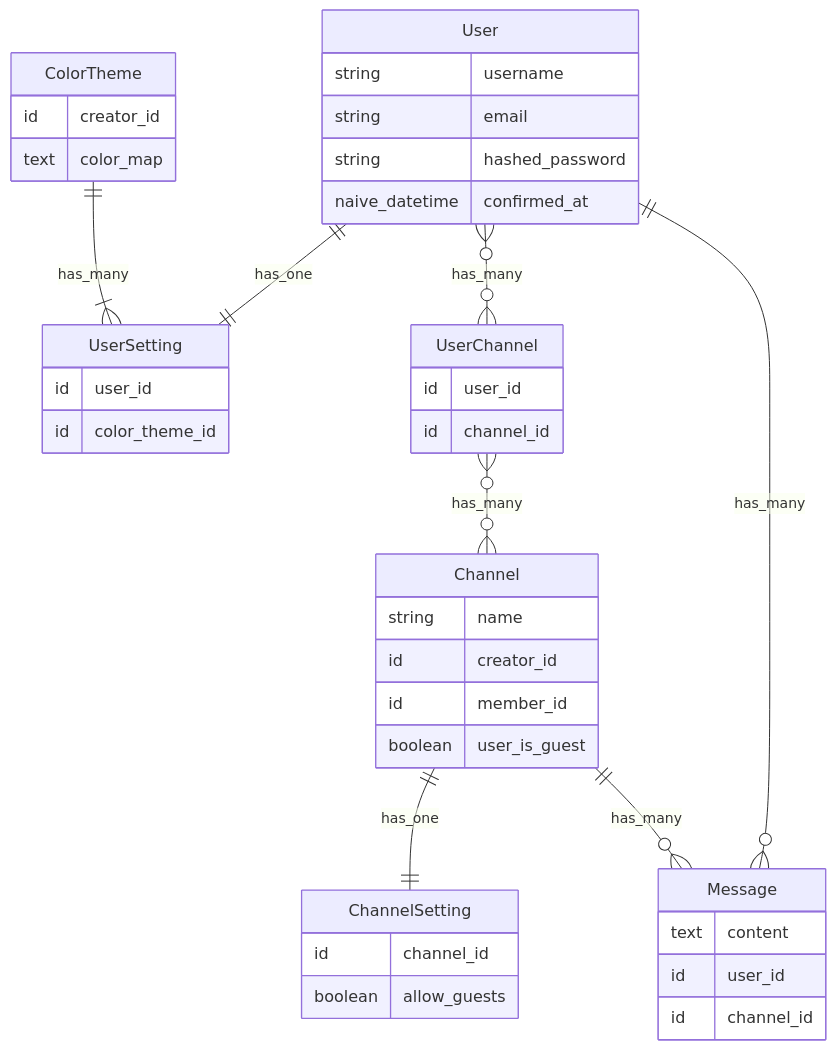
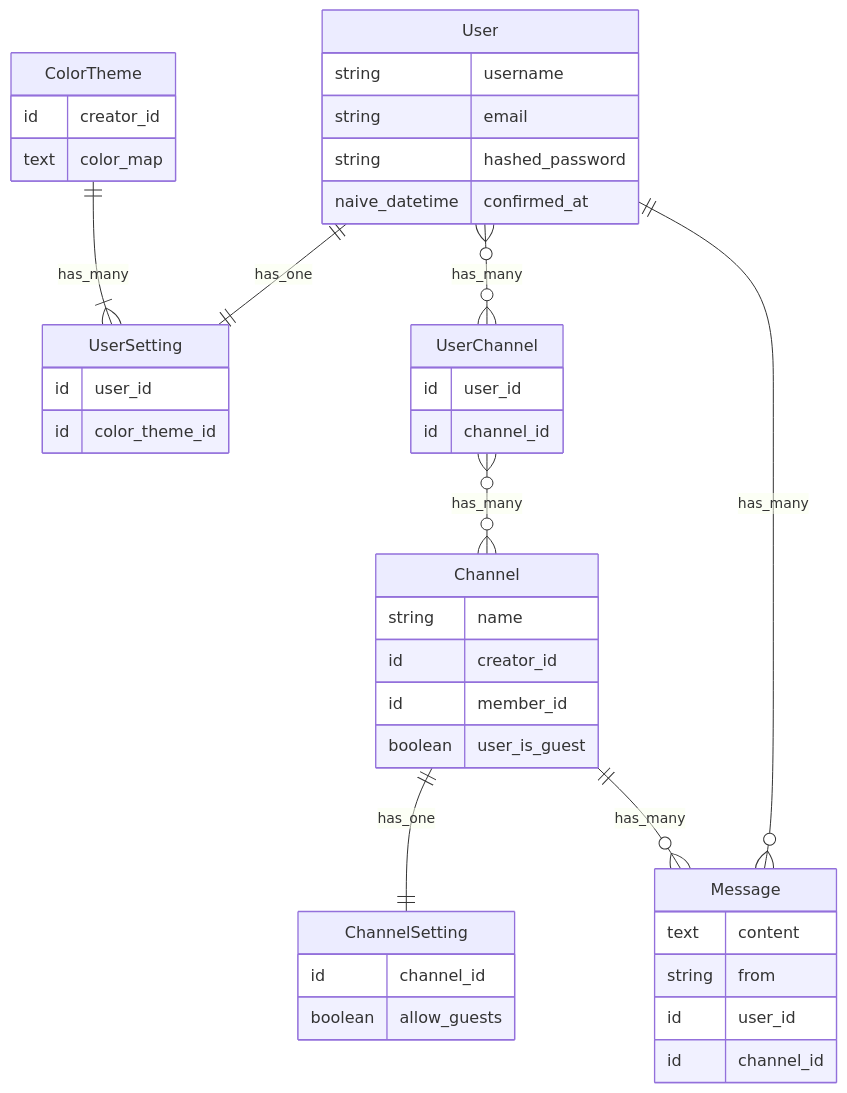
One commit to phaleth/weex-chat changed the diagram in README.md. Above: the diagram before and after it, drawn with Mermaid.

Commit message:
ERD: Add from field to Message table

````diff
--- a/README.md
+++ b/README.md
@@ -43,51 +43,52 @@
 ```mermaid
 erDiagram
 
 Message {
   text content
+  string from
   id user_id
   id channel_id
 }
 
 Channel {
   string name
   id creator_id
   id member_id
   boolean user_is_guest
 }
 
 ChannelSetting {
   id channel_id
   boolean allow_guests
 }
 
 User {
   string username
   string email
   string hashed_password
   naive_datetime confirmed_at
 }
 
 UserSetting {
   id user_id
   id color_theme_id
 }
 
 ColorTheme {
   id creator_id
   text color_map
 }
 
 UserChannel {
   id user_id
   id channel_id
 }
 
 User ||--O{ Message : "has_many"
 User }O--O{ UserChannel : "has_many"
 UserChannel }O--O{ Channel : "has_many"
 User ||--|| UserSetting : "has_one"
 Channel ||--O{ Message : "has_many"
 Channel ||--|| ChannelSetting : "has_one"
 ColorTheme ||--|{ UserSetting : "has_many"
 ```
````
